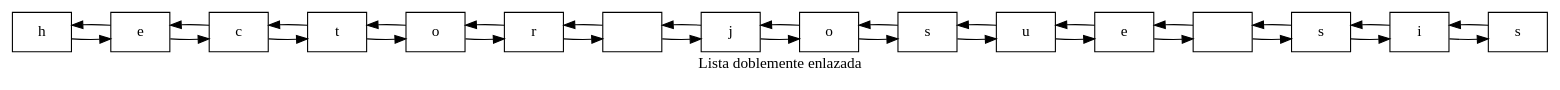
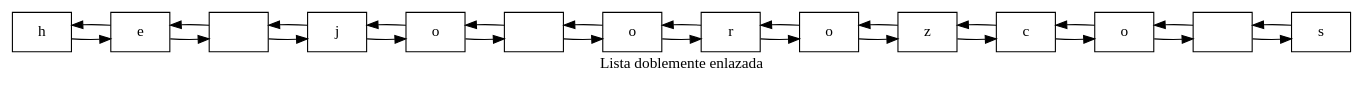
Before and after one commit to hr9457/EDD_1S2020_P1_201314296: the diagram in ArchivosDot/ListaDobleEnlazada.dot, drawn with Graphviz. The commit also changed 5 other files, not shown here.

```diff
--- a/ArchivosDot/ListaDobleEnlazada.dot
+++ b/ArchivosDot/ListaDobleEnlazada.dot
@@ -1,50 +1,44 @@
 digraph ListaDobleEnlazada {
 rankdir=LR;
 Nodo0[shape=box,label="h"];
 Nodo1[shape=box,label="e"];
-Nodo2[shape=box,label="c"];
-Nodo3[shape=box,label="t"];
+Nodo2[shape=box,label=" "];
+Nodo3[shape=box,label="j"];
 Nodo4[shape=box,label="o"];
-Nodo5[shape=box,label="r"];
-Nodo6[shape=box,label=" "];
-Nodo7[shape=box,label="j"];
+Nodo5[shape=box,label=" "];
+Nodo6[shape=box,label="o"];
+Nodo7[shape=box,label="r"];
 Nodo8[shape=box,label="o"];
-Nodo9[shape=box,label="s"];
-Nodo10[shape=box,label="u"];
-Nodo11[shape=box,label="e"];
+Nodo9[shape=box,label="z"];
+Nodo10[shape=box,label="c"];
+Nodo11[shape=box,label="o"];
 Nodo12[shape=box,label=" "];
 Nodo13[shape=box,label="s"];
-Nodo14[shape=box,label="i"];
-Nodo15[shape=box,label="s"];
 Nodo0->Nodo1;
 Nodo1->Nodo0;
 Nodo1->Nodo2;
 Nodo2->Nodo1;
 Nodo2->Nodo3;
 Nodo3->Nodo2;
 Nodo3->Nodo4;
 Nodo4->Nodo3;
 Nodo4->Nodo5;
 Nodo5->Nodo4;
 Nodo5->Nodo6;
 Nodo6->Nodo5;
 Nodo6->Nodo7;
 Nodo7->Nodo6;
 Nodo7->Nodo8;
 Nodo8->Nodo7;
 Nodo8->Nodo9;
 Nodo9->Nodo8;
 Nodo9->Nodo10;
 Nodo10->Nodo9;
 Nodo10->Nodo11;
 Nodo11->Nodo10;
 Nodo11->Nodo12;
 Nodo12->Nodo11;
 Nodo12->Nodo13;
 Nodo13->Nodo12;
-Nodo13->Nodo14;
-Nodo14->Nodo13;
-Nodo14->Nodo15;
-Nodo15->Nodo14;
 label = " Lista doblemente enlazada" 
 }
```
